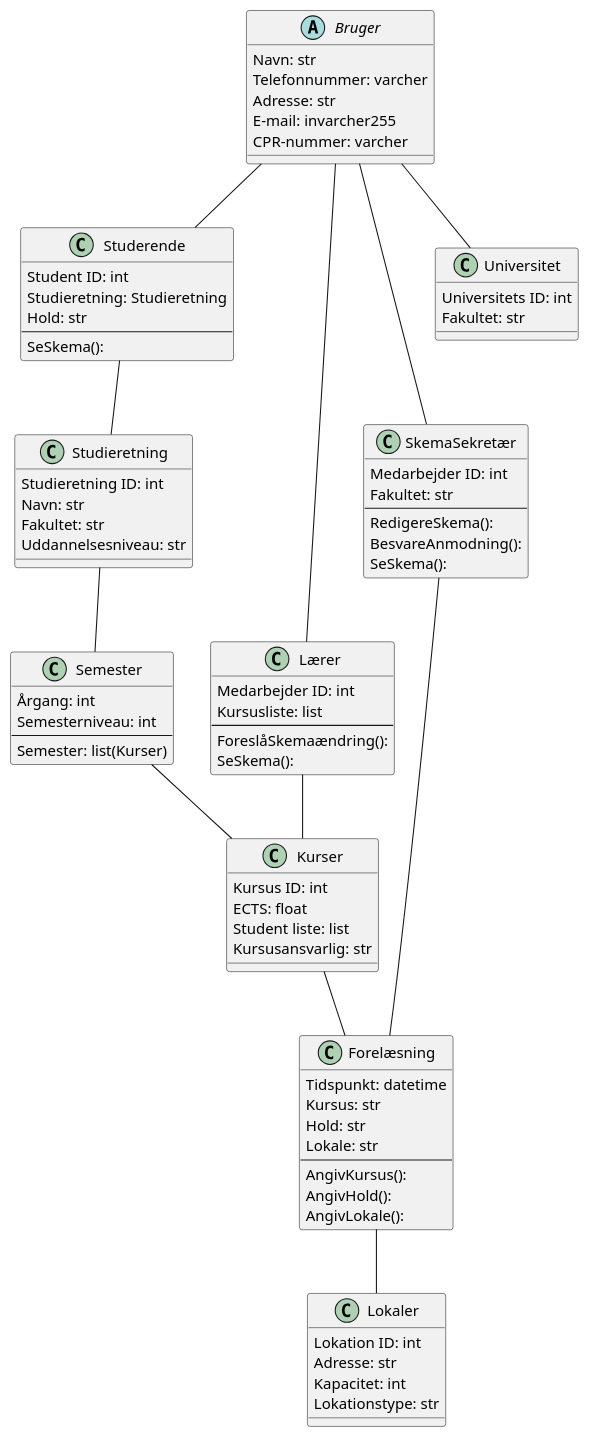
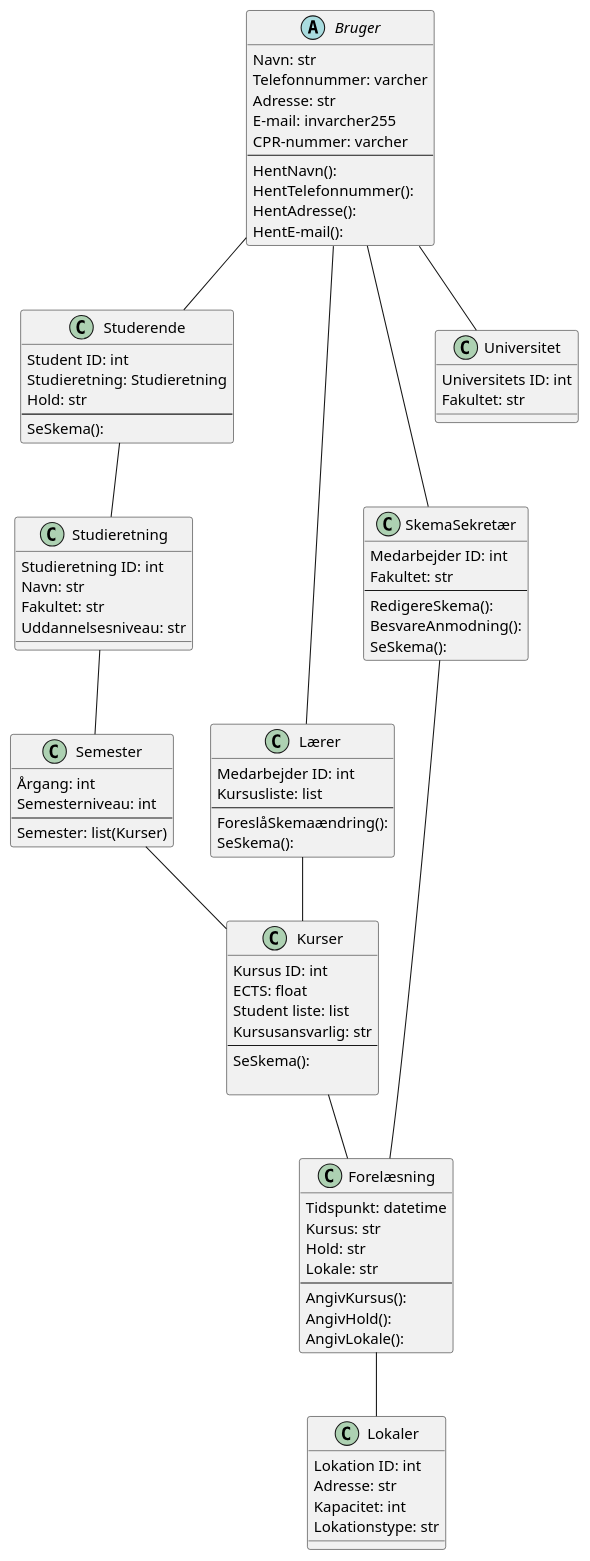
The diagram in ClassDiagram udkast 2.puml (MadsSchroder/Systemudvikling-Eksamen-KU), drawn with PlantUML before and after one commit.

Commit message:
klassediagram

```diff
--- a/ClassDiagram udkast 2.puml
+++ b/ClassDiagram udkast 2.puml
@@ -1,83 +1,91 @@
 @startuml
 
 Bruger -- Studerende
 Bruger -- SkemaSekretær
 Bruger -- Lærer
 Bruger -- Universitet
 Studerende -- Studieretning
 Studieretning -- Semester
 Semester -- Kurser
 Kurser -- Forelæsning
 Forelæsning -- Lokaler
 Lærer -- Kurser
 SkemaSekretær -- Forelæsning
 
 abstract class Bruger{
     Navn: str
     Telefonnummer: varcher
     Adresse: str
     E-mail: invarcher255
     CPR-nummer: varcher
+    --
+    HentNavn():
+    HentTelefonnummer():
+    HentAdresse():
+    HentE-mail():
     }
 class Studerende{
     Student ID: int
     Studieretning: Studieretning
     Hold: str
     --
     SeSkema():
     }
 class SkemaSekretær{
     Medarbejder ID: int
     Fakultet: str
     --
     RedigereSkema():
     BesvareAnmodning():
     SeSkema():
     }
 class Universitet{
     Universitets ID: int
     Fakultet: str
     }
 class Lærer{
     Medarbejder ID: int
     Kursusliste: list
     --
     ForeslåSkemaændring():
     SeSkema():
     }
 class Lokaler{
     Lokation ID: int
     Adresse: str
     Kapacitet: int
     Lokationstype: str
     }
 class Kurser{
     Kursus ID: int
     ECTS: float
     Student liste: list
     Kursusansvarlig: str
+    --
+    SeSkema():
+
     }
 class Forelæsning{
     Tidspunkt: datetime
     Kursus: str
     Hold: str
     Lokale: str
     --
     AngivKursus():
     AngivHold():
     AngivLokale():
     }
 class Semester{
     Årgang: int
     Semesterniveau: int
     --
     Semester: list(Kurser)
     }
 class Studieretning{
     Studieretning ID: int
     Navn: str
     Fakultet: str
     Uddannelsesniveau: str
     }
 
 @enduml
```
